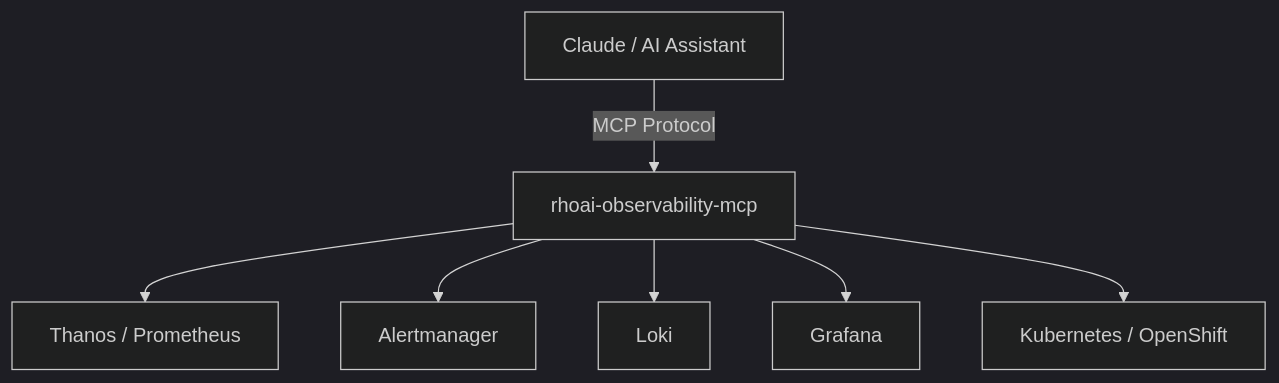
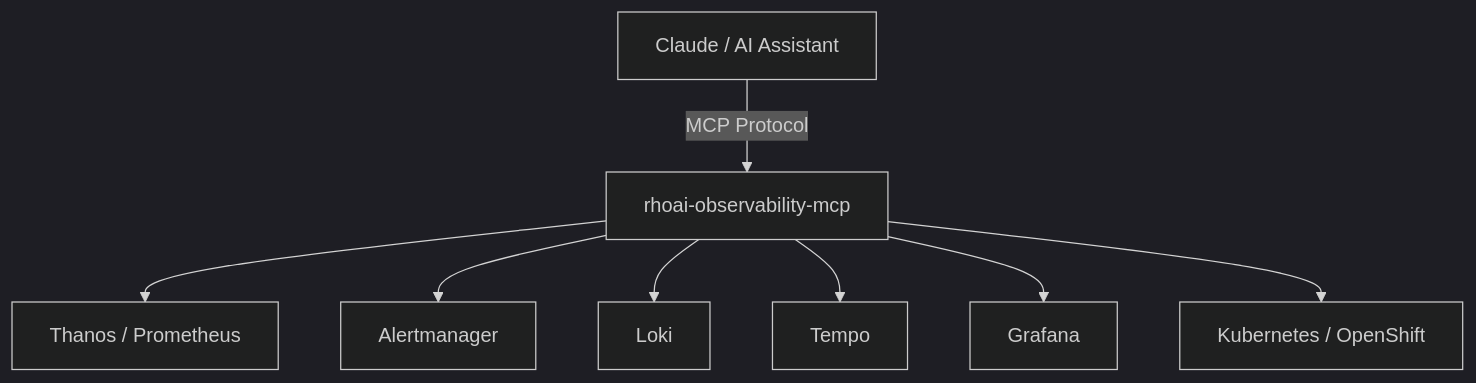
One commit to amito/rhoai-observability-mcp changed the diagram in README.md. Above: the diagram before and after it, drawn with Mermaid (dark theme). The commit also changed other lines of this file and 3 other files, not shown here.

````diff
--- a/README.md
+++ b/README.md
@@ -21,9 +21,10 @@
 ```mermaid
 graph TD
     A[Claude / AI Assistant] -->|MCP Protocol| B[rhoai-observability-mcp]
     B --> C[Thanos / Prometheus]
     B --> D[Alertmanager]
     B --> E[Loki]
-    B --> F[Grafana]
-    B --> G[Kubernetes / OpenShift]
+    B --> F[Tempo]
+    B --> G[Grafana]
+    B --> H[Kubernetes / OpenShift]
 ```
````
